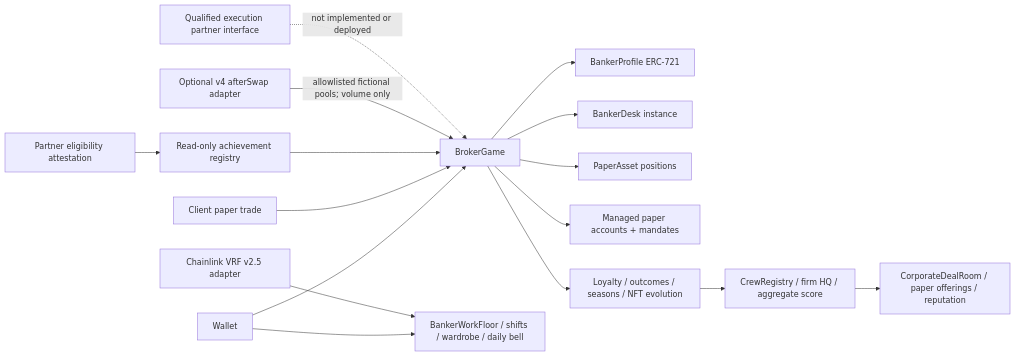
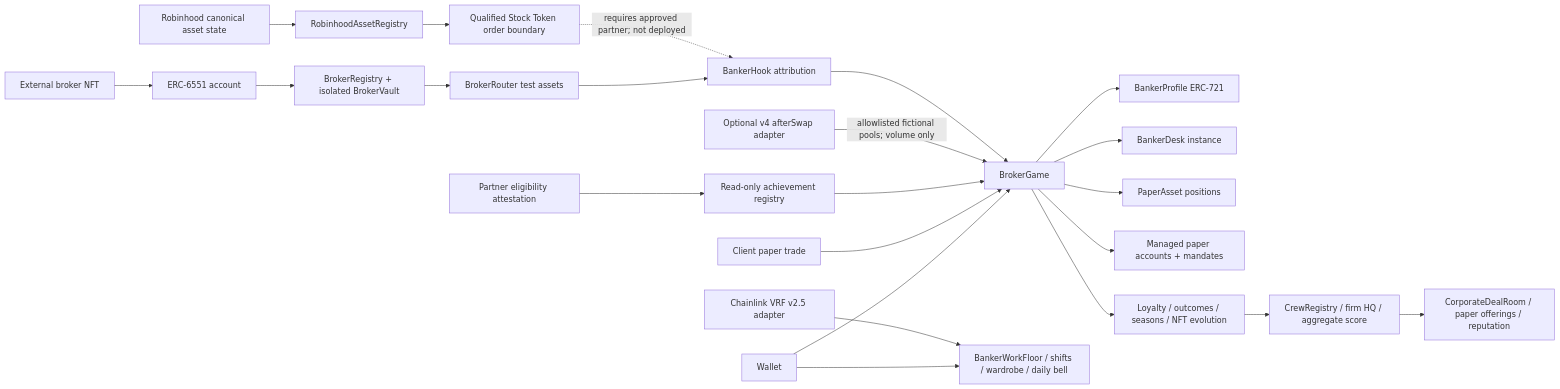
Before and after one commit to MetaMan999/chaindesk-league: the diagram in README.md, drawn with Mermaid. The commit also changed other lines of this file and 41 other files, not shown here.

````diff
--- a/README.md
+++ b/README.md
@@ -55,18 +83,25 @@
 ```mermaid
 flowchart LR
     W["Wallet"] --> G["BrokerGame"]
     G --> P["BankerProfile ERC-721"]
     G --> D["BankerDesk instance"]
     G --> A["PaperAsset positions"]
     G --> M["Managed paper accounts + mandates"]
     T["Client paper trade"] --> G
     G --> C["Loyalty / outcomes / seasons / NFT evolution"]
     C --> F["CrewRegistry / firm HQ / aggregate score"]
     F --> X["CorporateDealRoom / paper offerings / reputation"]
     W --> B["BankerWorkFloor / shifts / wardrobe / daily bell"]
     V["Chainlink VRF v2.5 adapter"] --> B
     E["Partner eligibility attestation"] --> R["Read-only achievement registry"]
     R --> G
     H["Optional v4 afterSwap adapter"] -->|"allowlisted fictional pools; volume only"| G
-    Q["Qualified execution partner interface"] -. "not implemented or deployed" .-> G
+    N["External broker NFT"] --> I["ERC-6551 account"]
+    I --> BR["BrokerRegistry + isolated BrokerVault"]
+    BR --> RT["BrokerRouter test assets"]
+    RT --> BH["BankerHook attribution"]
+    BH --> G
+    RA["Robinhood canonical asset state"] --> AR["RobinhoodAssetRegistry"]
+    AR --> Q["Qualified Stock Token order boundary"]
+    Q -. "requires approved partner; not deployed" .-> BH
 ```
````
